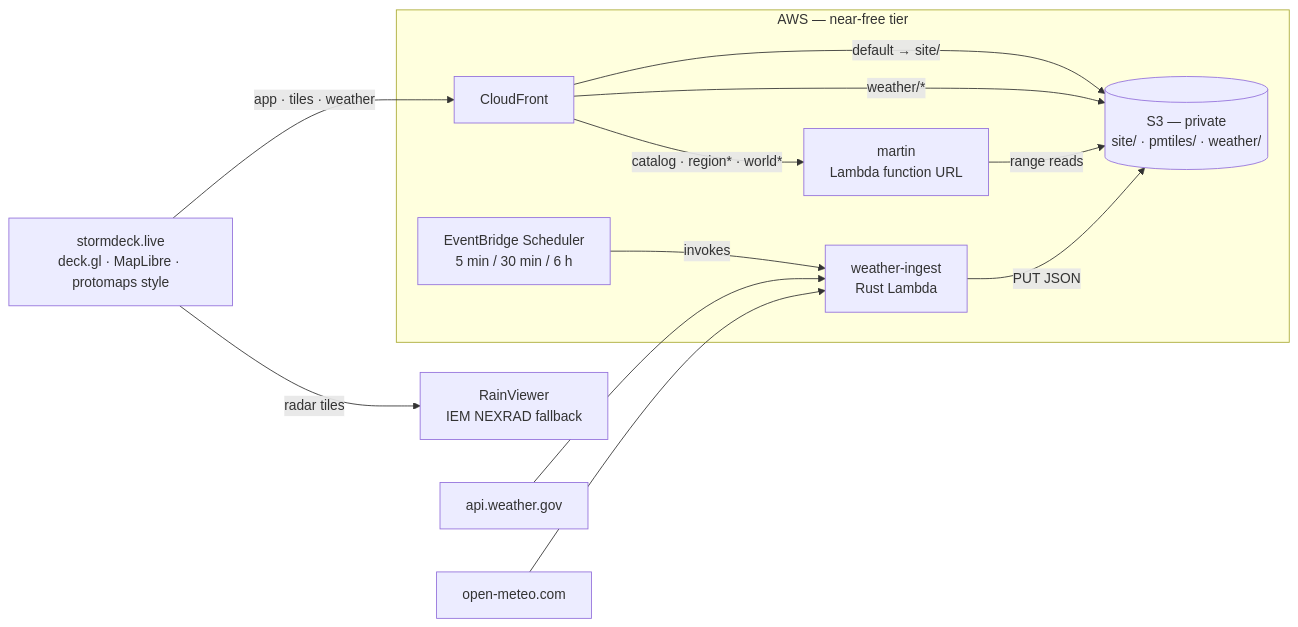
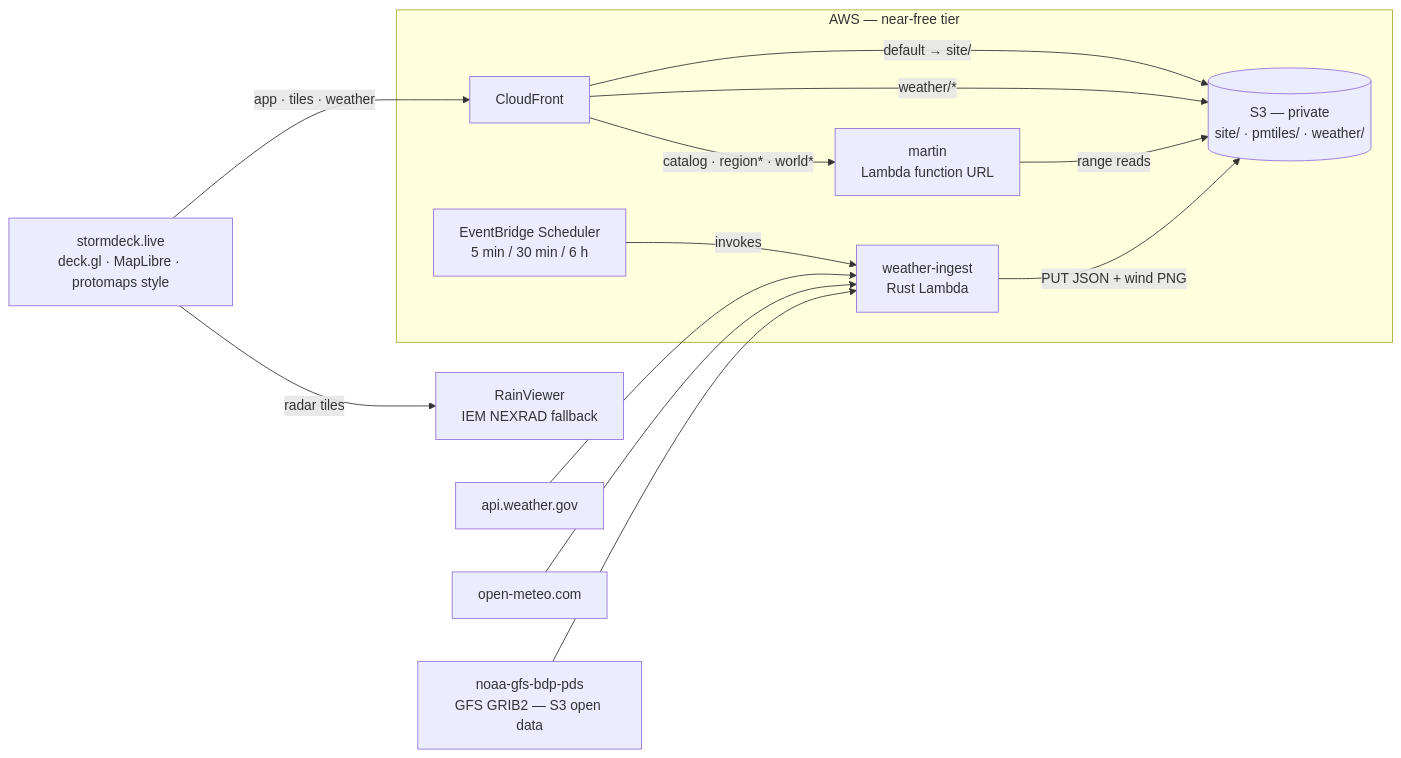
The diagram in README.md (johncarmack1984/stormdeck), drawn with Mermaid before and after one commit. The commit also changed other lines of this file and 2 other files, not shown here.

First line of the commit message:
Credit NOAA GFS and GeoNames; reflow README; add docs PR checklist

````diff
--- a/README.md
+++ b/README.md
@@ -27,27 +11,29 @@
 ```mermaid
 flowchart LR
     viewer["stormdeck.live<br/>deck.gl · MapLibre · protomaps style"]
 
     subgraph aws["AWS — near-free tier"]
         cdn["CloudFront"]
         martin["martin<br/>Lambda function URL"]
         bucket[("S3 — private<br/>site/ · pmtiles/ · weather/")]
         ingest["weather-ingest<br/>Rust Lambda"]
         sched["EventBridge Scheduler<br/>5 min / 30 min / 6 h"]
     end
 
     nws["api.weather.gov"]
     meteo["open-meteo.com"]
+    gfs["noaa-gfs-bdp-pds<br/>GFS GRIB2 — S3 open data"]
     radar["RainViewer<br/>IEM NEXRAD fallback"]
 
     viewer -->|"app · tiles · weather"| cdn
     viewer -->|"radar tiles"| radar
     cdn -->|"default → site/"| bucket
     cdn -->|"catalog · region* · world*"| martin
     cdn -->|"weather/*"| bucket
     martin -->|"range reads"| bucket
     sched -->|"invokes"| ingest
     nws --> ingest
     meteo --> ingest
-    ingest -->|"PUT JSON"| bucket
+    gfs --> ingest
+    ingest -->|"PUT JSON + wind PNG"| bucket
 ```
````
